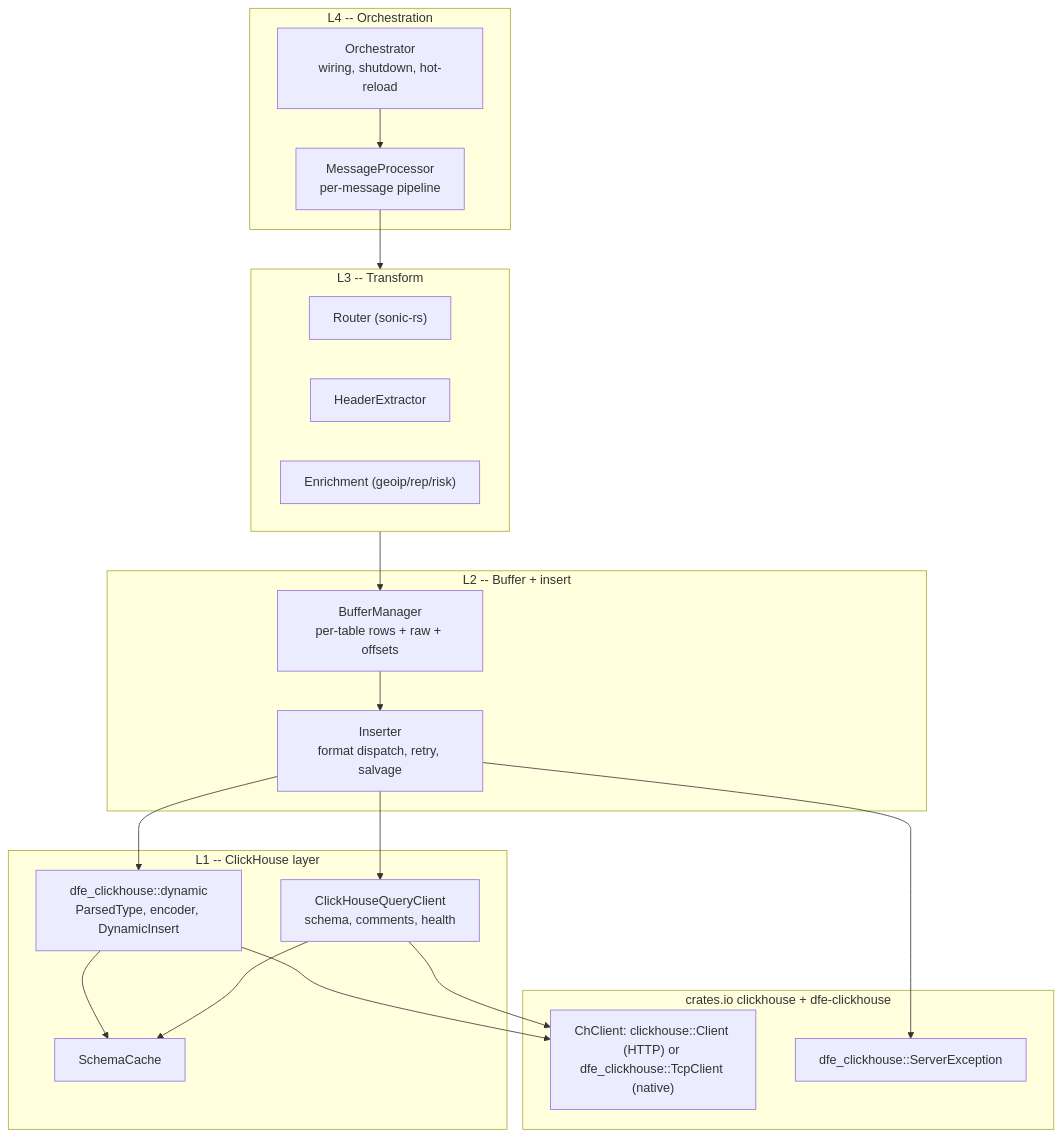
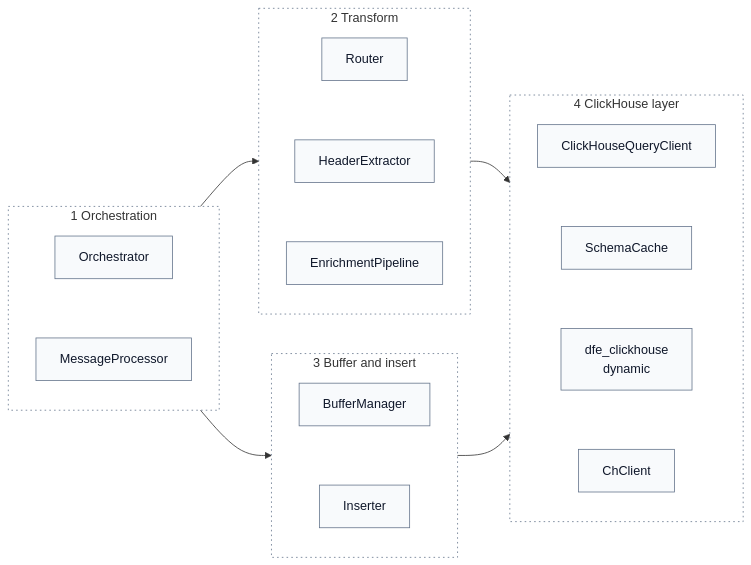
The first of 3 diagrams in docs/architecture.md (hyperi-io/dfe-loader), drawn with Mermaid before and after one commit. The commit also changed other lines of this file and 33 other files, not shown here.

First line of the commit message:
docs(loader): fix Eleven claims and redraw diagrams

````diff
--- a/docs/architecture.md
+++ b/docs/architecture.md
@@ -22,32 +24,30 @@
 ```mermaid
-flowchart TB
-    subgraph L4["L4 -- Orchestration"]
-        ORC["Orchestrator<br/>wiring, shutdown, hot-reload"]
-        PROC["MessageProcessor<br/>per-message pipeline"]
+flowchart LR
+    accTitle: L4 Detail -- Loader layers
+    accDescr: Orchestration holds the Orchestrator and the MessageProcessor. It calls the transform layer, the Router, the HeaderExtractor and the EnrichmentPipeline, and the buffer and insert layer, the BufferManager and the Inserter. Both call the ClickHouse layer, the query client, the schema cache, the dynamic insert and the ChClient.
+
+    subgraph orchestration["1 Orchestration"]
+        direction TB
+        orchestrator["Orchestrator"] ~~~ processor["MessageProcessor"]
     end
-    subgraph L3["L3 -- Transform"]
-        ROUTE["Router (sonic-rs)"]
-        EXTRACT["HeaderExtractor"]
-        ENRICH["Enrichment (geoip/rep/risk)"]
+    subgraph transform["2 Transform"]
+        direction TB
+        router["Router"] ~~~ extractor["HeaderExtractor"] ~~~ enrichment["EnrichmentPipeline"]
     end
-    subgraph L2["L2 -- Buffer + insert"]
-        BUF["BufferManager<br/>per-table rows + raw + offsets"]
-        INS["Inserter<br/>format dispatch, retry, salvage"]
+    subgraph insertlayer["3 Buffer and insert"]
+        direction TB
+        buffers["BufferManager"] ~~~ inserter["Inserter"]
     end
-    subgraph L1["L1 -- ClickHouse layer"]
-        QC["ClickHouseQueryClient<br/>schema, comments, health"]
-        EXT["dfe_clickhouse::dynamic<br/>ParsedType, encoder, DynamicInsert"]
-        SC["SchemaCache"]
+    subgraph chlayer["4 ClickHouse layer"]
+        direction TB
+        queryclient["ClickHouseQueryClient"] ~~~ schemacache["SchemaCache"] ~~~ dynamic["dfe_clickhouse<br/>dynamic"] ~~~ chclient["ChClient"]
     end
-    subgraph Client["crates.io clickhouse + dfe-clickhouse"]
-        CLIENT["ChClient: clickhouse::Client (HTTP) or dfe_clickhouse::TcpClient (native)"]
-        EXC["dfe_clickhouse::ServerException"]
-    end
+    orchestration --> transform
+    orchestration --> insertlayer
+    transform --> chlayer
+    insertlayer --> chlayer
 
-    ORC --> PROC --> L3 --> BUF --> INS
-    INS --> EXT --> CLIENT
-    INS --> QC --> CLIENT
-    INS --> EXC
-    EXT --> SC
-    QC --> SC
+    classDef default fill:#F8FAFC,stroke:#64748B,stroke-width:1px,color:#0F172A
+    classDef group fill:none,stroke:#64748B,stroke-width:1px,stroke-dasharray:2 4
+    class orchestration,transform,insertlayer,chlayer group
 ```
````
